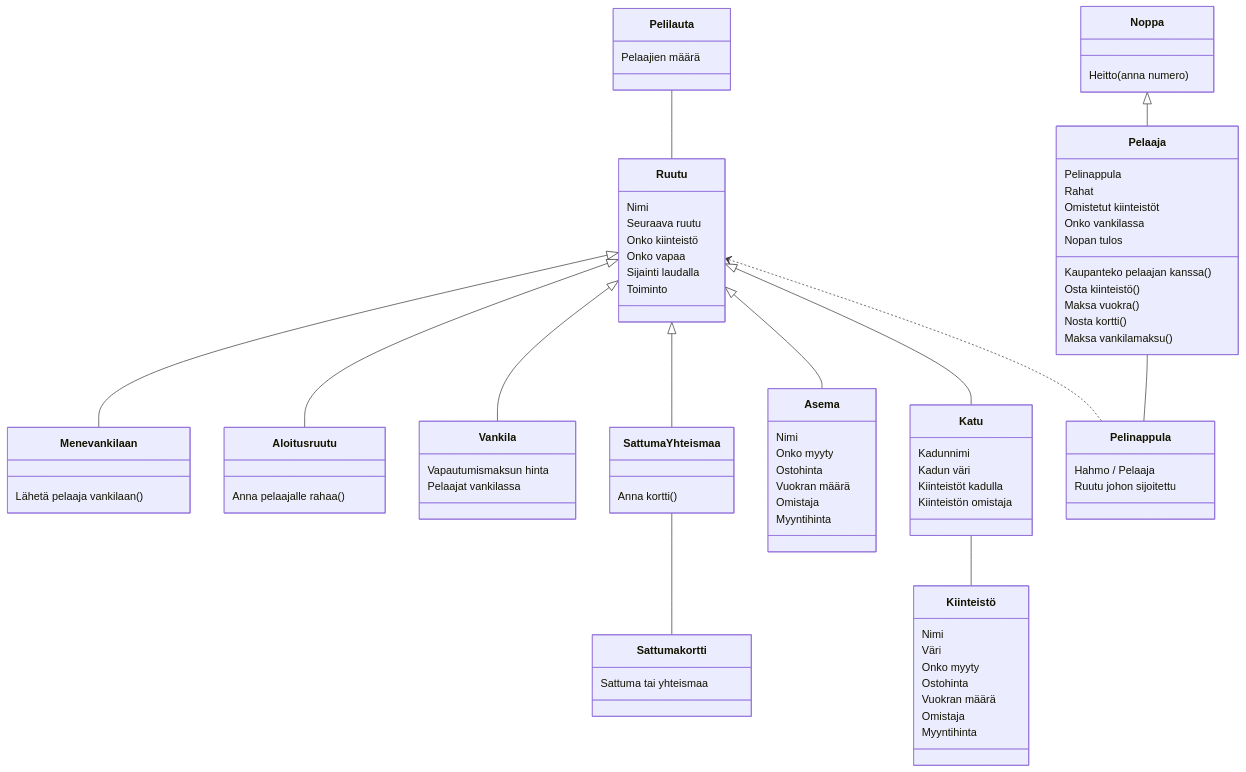
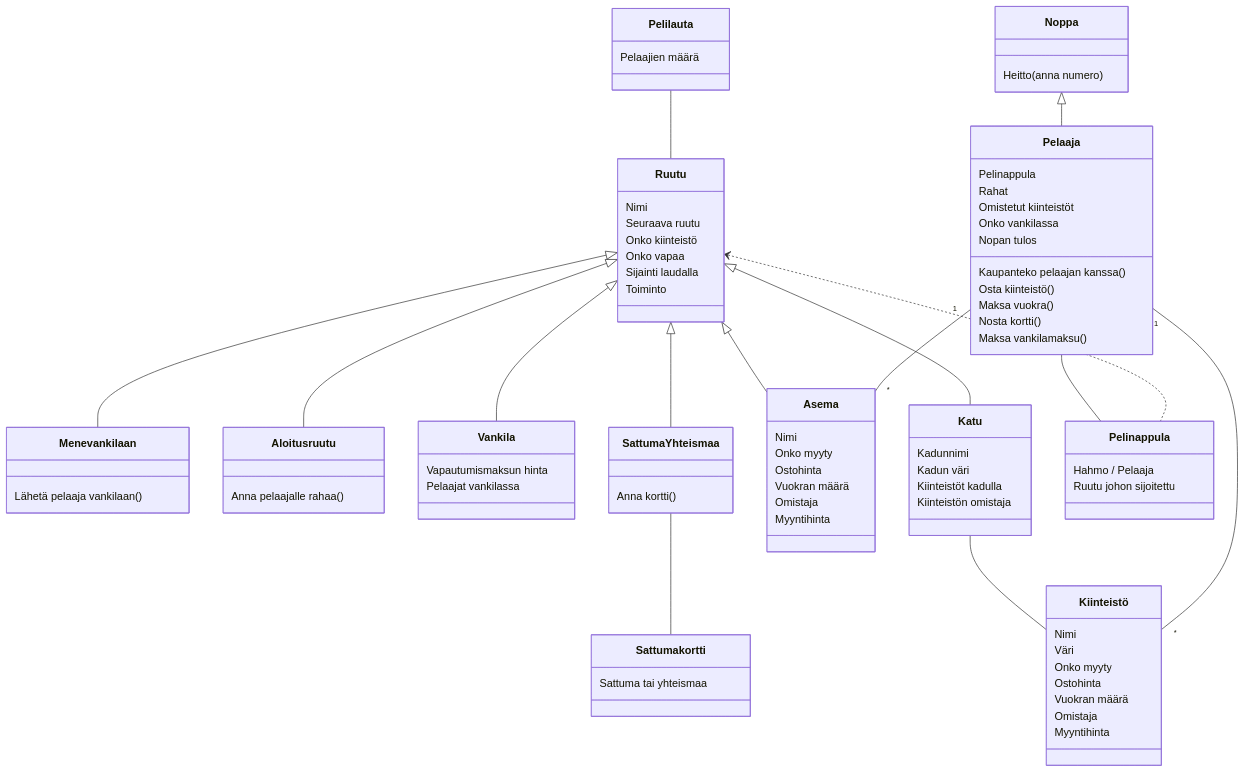
The diagram in laskarit/viikko3/luokkakaavio.md (kodtld/TravelHub), drawn with Mermaid before and after one commit.

```diff
--- a/laskarit/viikko3/luokkakaavio.md
+++ b/laskarit/viikko3/luokkakaavio.md
@@ -10,6 +10,8 @@
       Ruutu  <|-- Katu
       Pelilauta -- Ruutu
       Katu -- Kiinteistö
+      Pelaaja "1" -- "*" Kiinteistö
+      Pelaaja "1" -- "*" Asema
       Pelaaja -- Pelinappula
       Ruutu <.. Pelinappula
       SattumaYhteismaa -- Sattumakortti 
```
